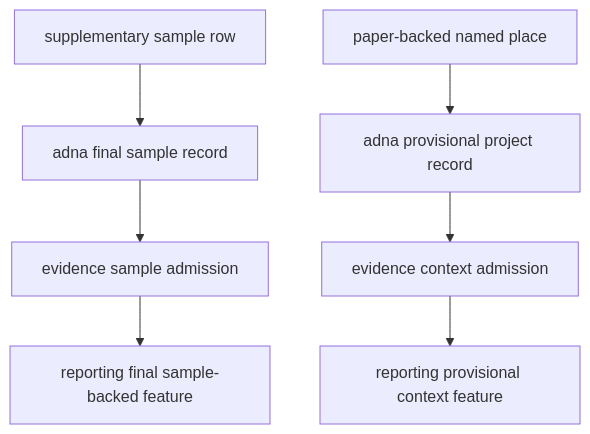
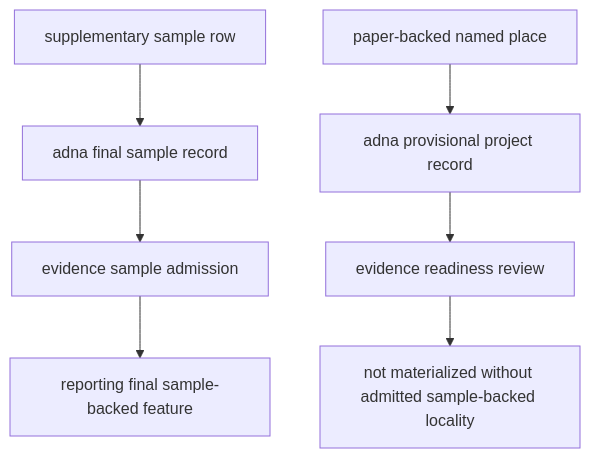
One commit to bijux/bijux-pollenomics changed the sixth of 6 diagrams in docs/public/pollenomics/architecture/index.md. Above: the diagram before and after it, drawn with Mermaid. The commit also changed other lines of this file and 26 other files, not shown here.

````diff
--- a/docs/public/pollenomics/architecture/index.md
+++ b/docs/public/pollenomics/architecture/index.md
@@ -211,9 +211,9 @@
 ```mermaid
 flowchart TB
     SampleSource["supplementary sample row"] --> SampleRecord["adna final sample record"]
     SampleRecord --> SampleReview["evidence sample admission"]
     SampleReview --> SamplePoint["reporting final sample-backed feature"]
     PlaceSource["paper-backed named place"] --> ContextRecord["adna provisional project record"]
-    ContextRecord --> ContextReview["evidence context admission"]
-    ContextReview --> ContextPoint["reporting provisional context feature"]
+    ContextRecord --> ContextReview["evidence readiness review"]
+    ContextReview --> Excluded["not materialized without admitted sample-backed locality"]
 ```
````
